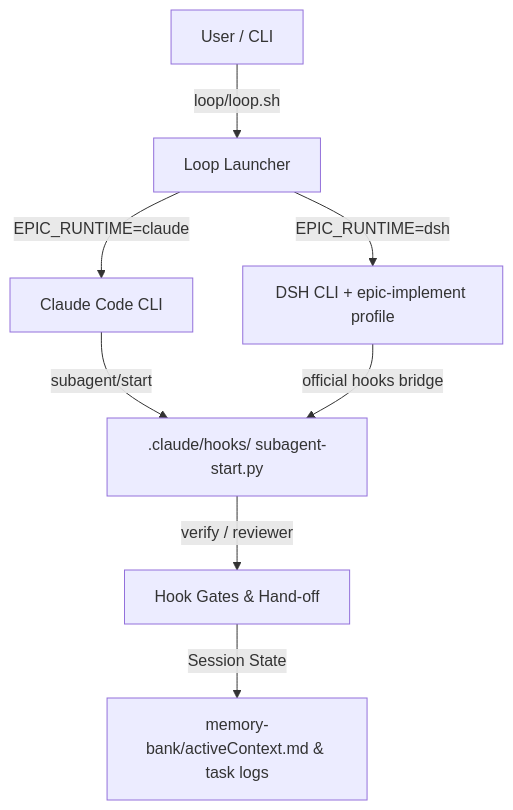
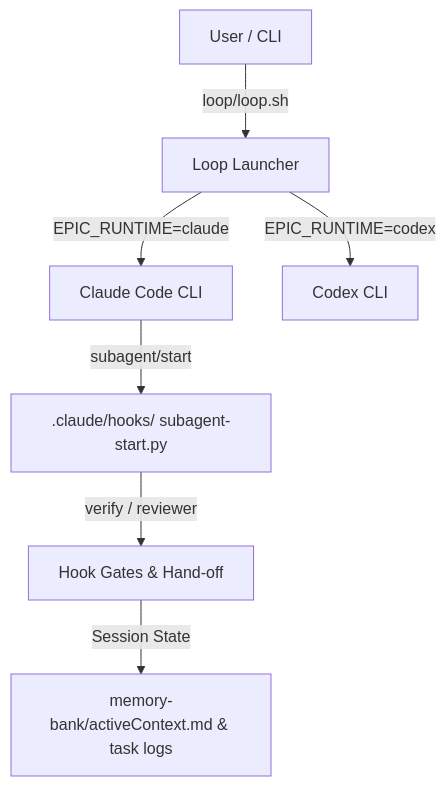
One commit to aeroalgo/dev-hub changed the diagram in memory-bank/architecture/services-dataflow.md. Above: the diagram before and after it, drawn with Mermaid. The commit also changed other lines of this file and 213 other files, not shown here.

````diff
--- a/memory-bank/architecture/services-dataflow.md
+++ b/memory-bank/architecture/services-dataflow.md
@@ -13,12 +12,10 @@
 ```mermaid
 graph TD
     User[User / CLI] -->|loop/loop.sh| LoopSh[Loop Launcher]
     LoopSh -->|EPIC_RUNTIME=claude| CC[Claude Code CLI]
-    LoopSh -->|EPIC_RUNTIME=dsh| DSH[DSH CLI + epic-implement profile]
+    LoopSh -->|EPIC_RUNTIME=codex| Codex[Codex CLI]
     
     CC -->|subagent/start| CC_Hooks[.claude/hooks/ subagent-start.py]
-    DSH -->|official hooks bridge| CC_Hooks
-    
     CC_Hooks -->|verify / reviewer| Gates[Hook Gates & Hand-off]
     Gates -->|Session State| SessLog[memory-bank/activeContext.md & task logs]
 ```
````
